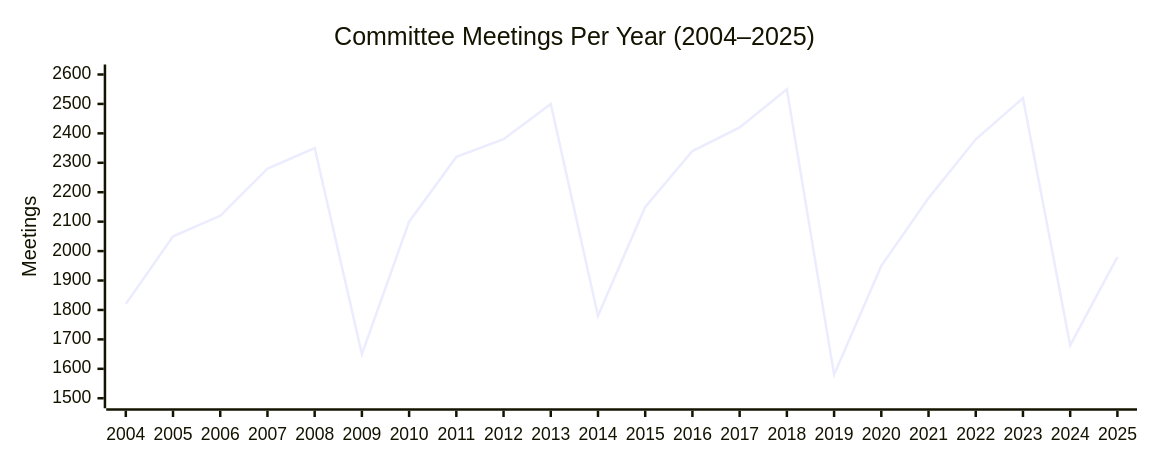
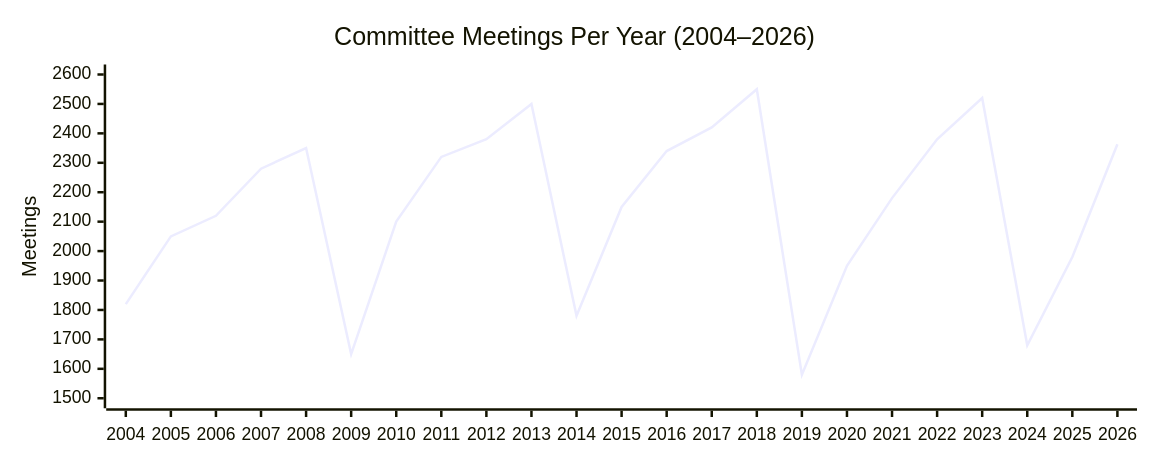
Diagram 18 of 21 in api-markdown/_media/EP_POLITICAL_LANDSCAPE.md (Hack23/European-Parliament-MCP-Server), drawn with Mermaid before and after one commit. The commit also changed other lines of this file and 1437 other files, not shown here.

````diff
--- a/api-markdown/_media/EP_POLITICAL_LANDSCAPE.md
+++ b/api-markdown/_media/EP_POLITICAL_LANDSCAPE.md
@@ -467,13 +469,13 @@
 ```mermaid
 ---
 config:
   xyChart:
     width: 900
     height: 350
 ---
 xychart-beta
-    title "Committee Meetings Per Year (2004–2025)"
-    x-axis [2004, 2005, 2006, 2007, 2008, 2009, 2010, 2011, 2012, 2013, 2014, 2015, 2016, 2017, 2018, 2019, 2020, 2021, 2022, 2023, 2024, 2025]
+    title "Committee Meetings Per Year (2004–2026)"
+    x-axis [2004, 2005, 2006, 2007, 2008, 2009, 2010, 2011, 2012, 2013, 2014, 2015, 2016, 2017, 2018, 2019, 2020, 2021, 2022, 2023, 2024, 2025, 2026]
     y-axis "Meetings" 1500 --> 2600
-    line [1820, 2050, 2120, 2280, 2350, 1650, 2100, 2320, 2380, 2500, 1780, 2150, 2340, 2420, 2550, 1580, 1950, 2180, 2380, 2520, 1680, 1980]
+    line [1820, 2050, 2120, 2280, 2350, 1650, 2100, 2320, 2380, 2500, 1780, 2150, 2340, 2420, 2550, 1580, 1950, 2180, 2380, 2520, 1680, 1980, 2363]
 ```
````
